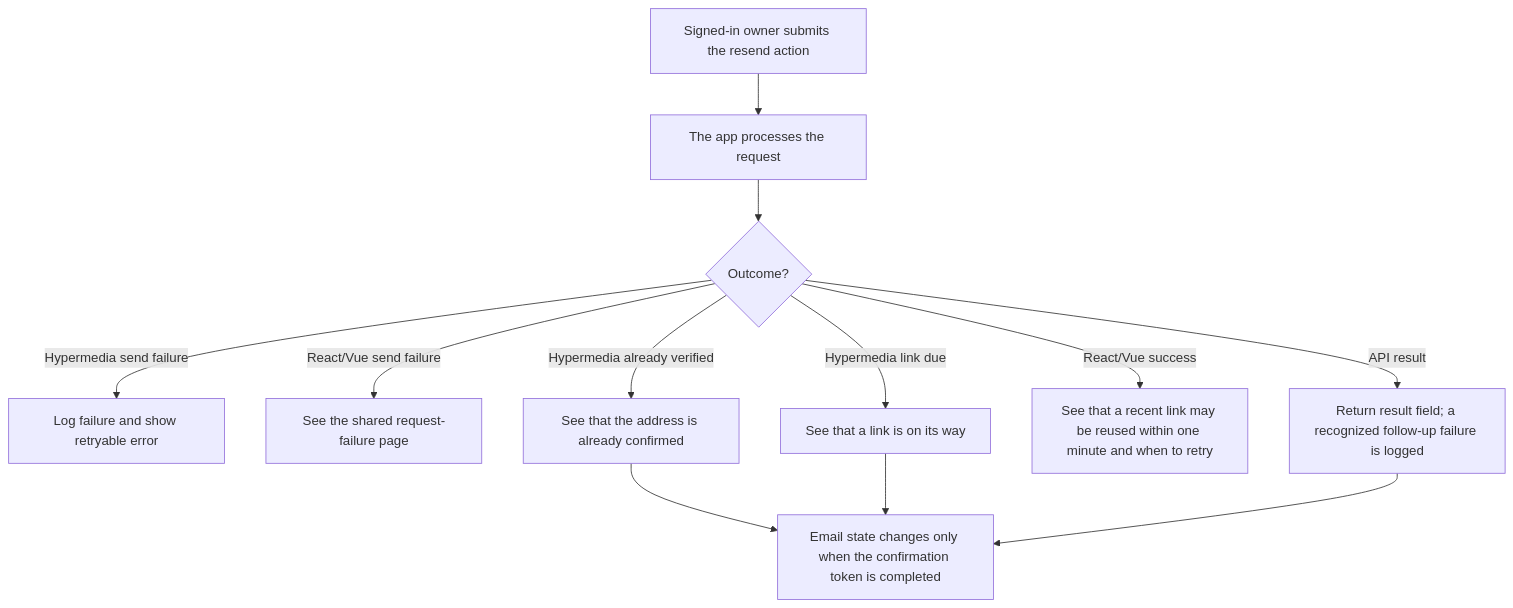
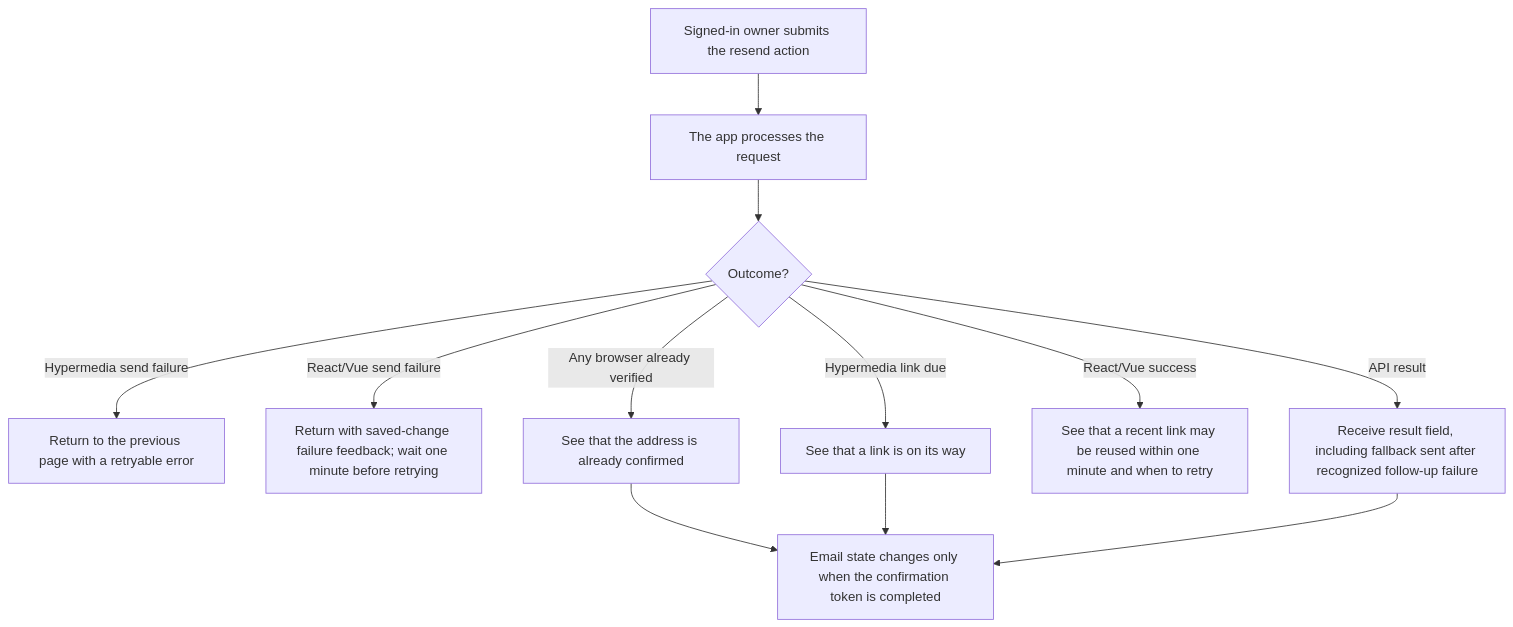
One commit to Kevinjohn/oss-adonisjs-starter-examples changed the first of 2 diagrams in user-stories/accounts/us-account-10-send-email-verification.md. Above: the diagram before and after it, drawn with Mermaid. The commit also changed other lines of this file and 22 other files, not shown here.

````diff
--- a/user-stories/accounts/us-account-10-send-email-verification.md
+++ b/user-stories/accounts/us-account-10-send-email-verification.md
@@ -21,14 +21,14 @@
 ```mermaid
 flowchart TD
     A["Signed-in owner submits the resend action"] --> B["The app processes the request"]
     B --> C{"Outcome?"}
-    C -->|Hypermedia send failure| D["Log failure and show retryable error"]
-    C -->|React/Vue send failure| K["See the shared request-failure page"]
-    C -->|Hypermedia already verified| E["See that the address is already confirmed"]
+    C -->|Hypermedia send failure| D["Return to the previous page with a retryable error"]
+    C -->|React/Vue send failure| K["Return with saved-change failure feedback; wait one minute before retrying"]
+    C -->|Any browser already verified| E["See that the address is already confirmed"]
     C -->|Hypermedia link due| F["See that a link is on its way"]
     C -->|React/Vue success| L["See that a recent link may be reused within one minute and when to retry"]
-    C -->|API result| G["Return result field; a recognized follow-up failure is logged"]
+    C -->|API result| G["Receive result field, including fallback sent after recognized follow-up failure"]
     E --> H["Email state changes only when the confirmation token is completed"]
     F --> H
     G --> H
 ```
````
